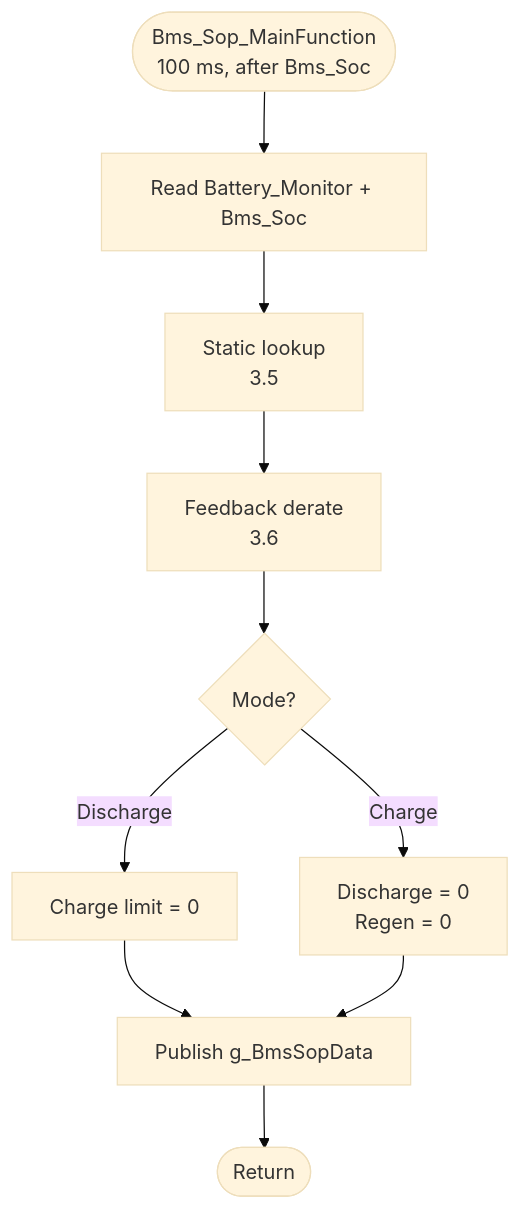
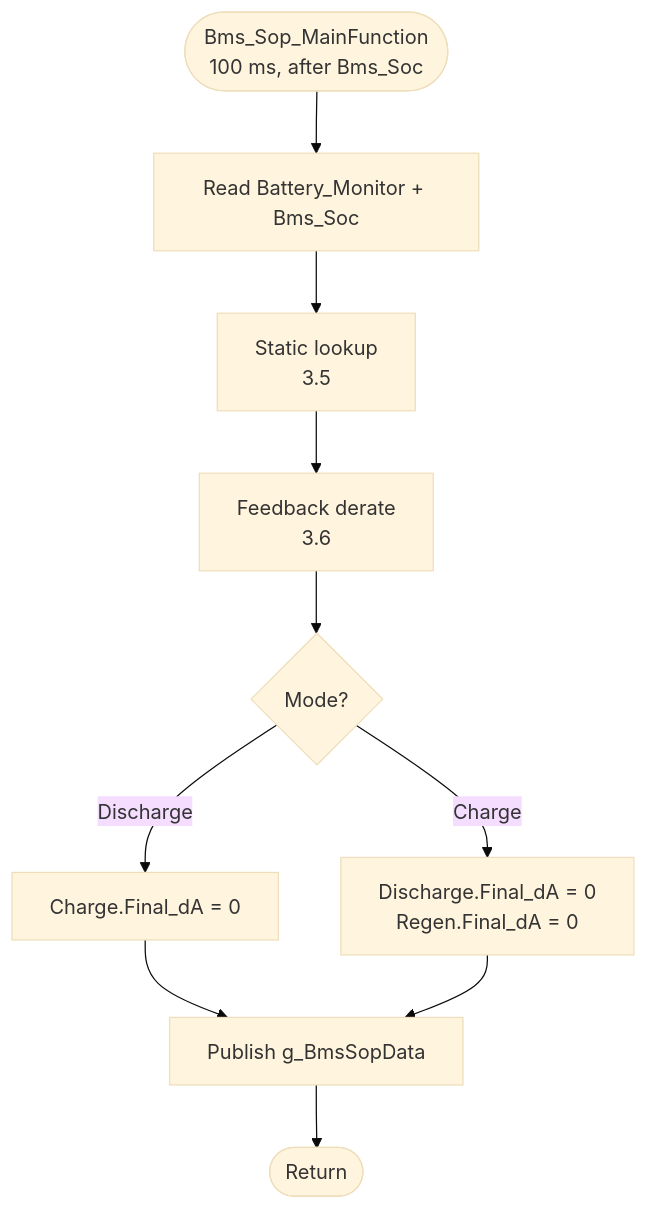
The fifth of 6 diagrams in src/battery/SOP_DESIGN.md (jsivolt/BMS_demo), drawn with Mermaid (base theme) before and after one commit. The commit also changed other lines of this file, not shown here.

````diff
--- a/src/battery/SOP_DESIGN.md
+++ b/src/battery/SOP_DESIGN.md
@@ -426,12 +447,12 @@
 ```mermaid
 flowchart TD
     START(["Bms_Sop_MainFunction<br/>100 ms, after Bms_Soc"]) --> INPUTS["Read Battery_Monitor + Bms_Soc"]
     INPUTS --> STATIC["Static lookup<br/>3.5"]
     STATIC --> DER["Feedback derate<br/>3.6"]
     DER --> MODE{"Mode?"}
-    MODE -->|"Discharge"| DISCH["Charge limit = 0"]
-    MODE -->|"Charge"| CHG["Discharge = 0<br/>Regen = 0"]
+    MODE -->|"Discharge"| DISCH["Charge.Final_dA = 0"]
+    MODE -->|"Charge"| CHG["Discharge.Final_dA = 0<br/>Regen.Final_dA = 0"]
     DISCH --> PUB["Publish g_BmsSopData"]
     CHG --> PUB
     PUB --> DONE(["Return"])
 ```
````
